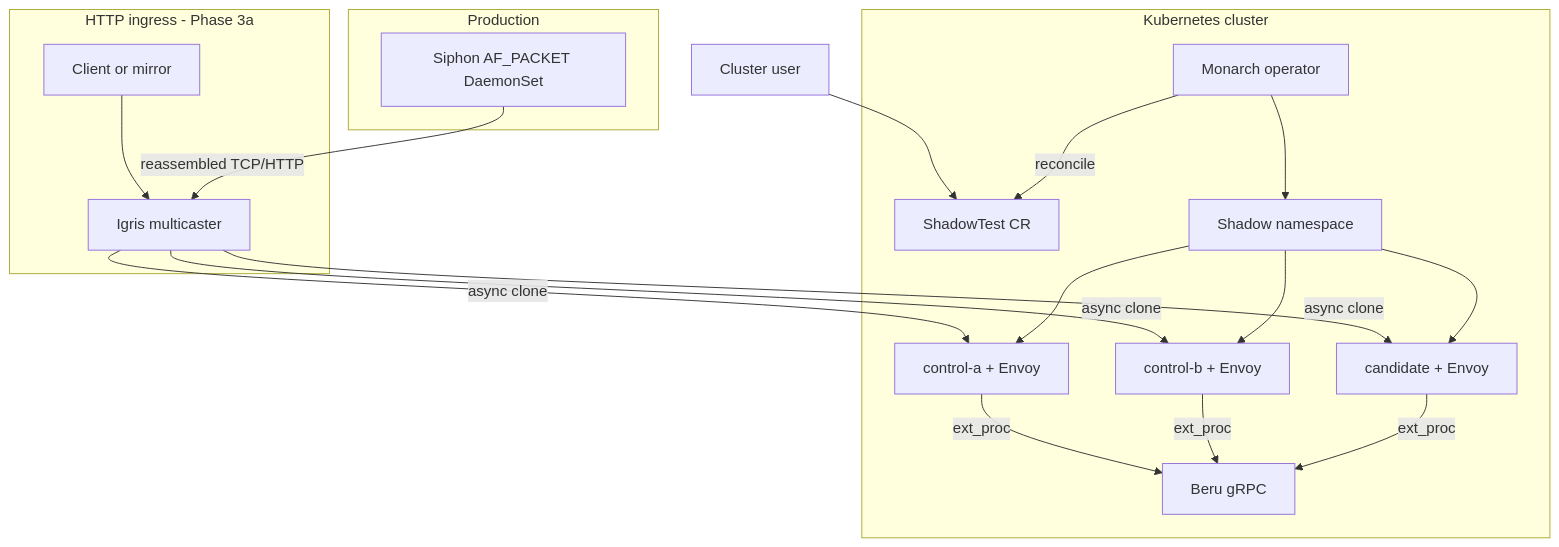
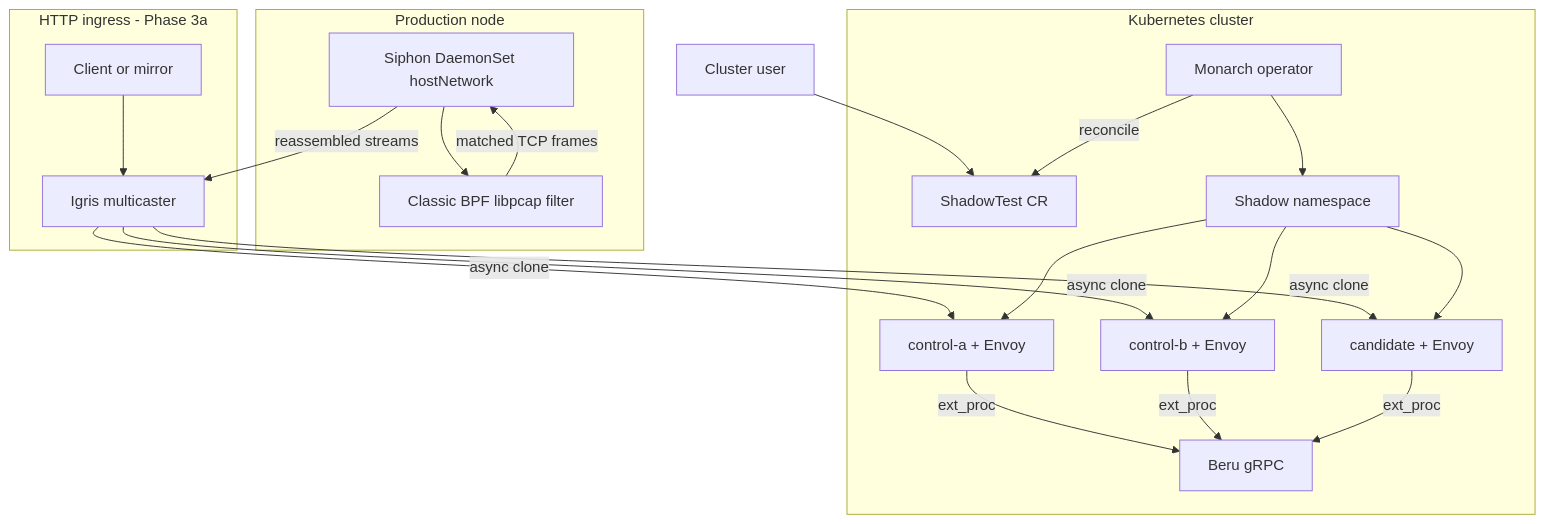
The first of 5 diagrams in ARCHITECTURE.md (nederrgo/shadow-diff), drawn with Mermaid before and after one commit. The commit also changed other lines of this file and 13 other files, not shown here.

````diff
--- a/ARCHITECTURE.md
+++ b/ARCHITECTURE.md
@@ -36,34 +36,37 @@
 ```mermaid
 flowchart TB
-  subgraph prod [Production]
-    Cap[Siphon AF_PACKET DaemonSet]
+  subgraph prod [Production node]
+    Cap[Siphon DaemonSet hostNetwork]
+    BPF[Classic BPF libpcap filter]
+    Cap --> BPF
   end
   subgraph ingress [HTTP ingress - Phase 3a]
     Client[Client or mirror]
     Igris[Igris multicaster]
   end
   subgraph cluster [Kubernetes cluster]
     CR[ShadowTest CR]
     Monarch[Monarch operator]
     SNS[Shadow namespace]
     A[control-a + Envoy]
     B[control-b + Envoy]
     C[candidate + Envoy]
     Beru[Beru gRPC]
   end
 
   Client --> Igris
-  Cap -->|reassembled TCP/HTTP| Igris
+  BPF -->|matched TCP frames| Cap
+  Cap -->|reassembled streams| Igris
   Igris -->|async clone| A
   Igris -->|async clone| B
   Igris -->|async clone| C
   User[Cluster user] --> CR
   Monarch -->|reconcile| CR
   Monarch --> SNS
   SNS --> A
   SNS --> B
   SNS --> C
   A -->|ext_proc| Beru
   B -->|ext_proc| Beru
   C -->|ext_proc| Beru
 ```
````
